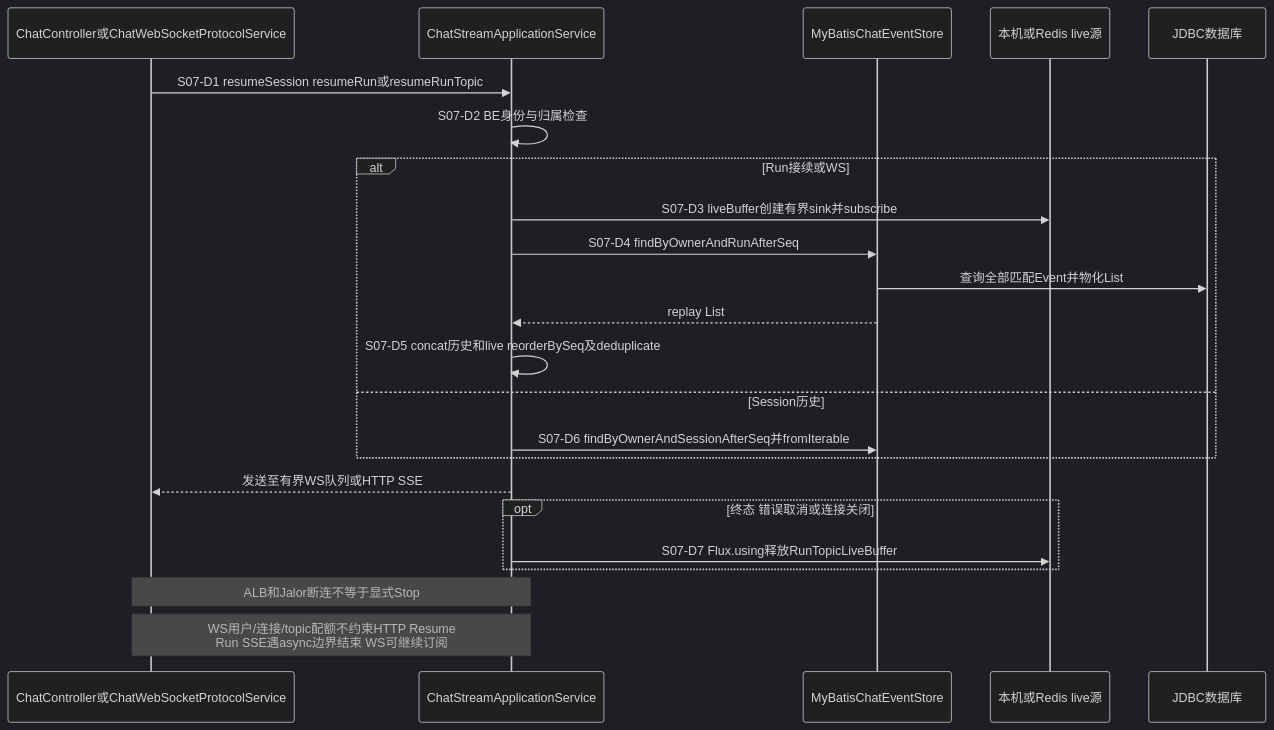
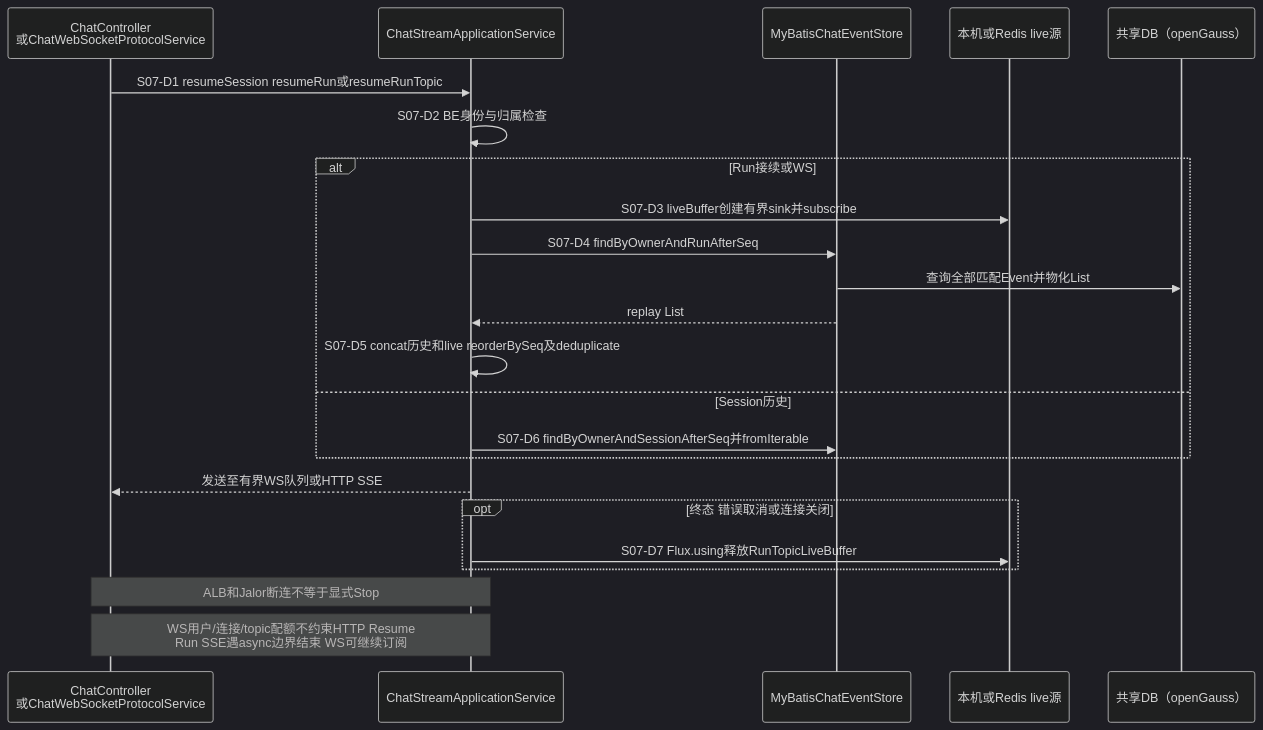
Before and after one commit to kunben-duck/exweb: diagram 14 of 24 in docs/architecture/high-availability/scenarios.md, drawn with Mermaid (dark theme). The commit also changed other lines of this file and 9 other files, not shown here.

````diff
--- a/docs/architecture/high-availability/scenarios.md
+++ b/docs/architecture/high-availability/scenarios.md
@@ -592,25 +700,25 @@
 ```mermaid
 sequenceDiagram
-    participant API as ChatController或ChatWebSocketProtocolService
+    participant API as ChatController<br/>或ChatWebSocketProtocolService
     participant S as ChatStreamApplicationService
     participant STORE as MyBatisChatEventStore
     participant LIVE as 本机或Redis live源
-    participant DB as JDBC数据库
+    participant DB as 共享DB（openGauss）
     API->>S: S07-D1 resumeSession resumeRun或resumeRunTopic
     S->>S: S07-D2 BE身份与归属检查
     alt Run接续或WS
         S->>LIVE: S07-D3 liveBuffer创建有界sink并subscribe
         S->>STORE: S07-D4 findByOwnerAndRunAfterSeq
         STORE->>DB: 查询全部匹配Event并物化List
         STORE-->>S: replay List
         S->>S: S07-D5 concat历史和live reorderBySeq及deduplicate
     else Session历史
         S->>STORE: S07-D6 findByOwnerAndSessionAfterSeq并fromIterable
     end
     S-->>API: 发送至有界WS队列或HTTP SSE
     opt 终态 错误取消或连接关闭
         S->>LIVE: S07-D7 Flux.using释放RunTopicLiveBuffer
     end
     Note over API,S: ALB和Jalor断连不等于显式Stop
     Note over API,S: WS用户/连接/topic配额不约束HTTP Resume<br/>Run SSE遇async边界结束 WS可继续订阅
 ```
````
